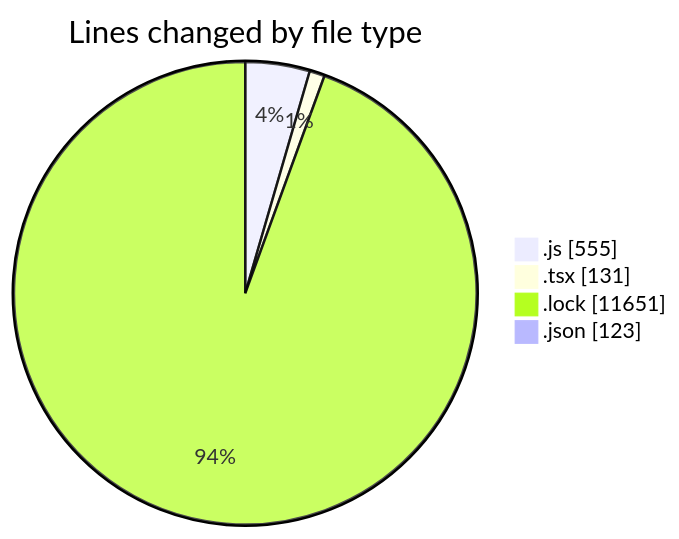
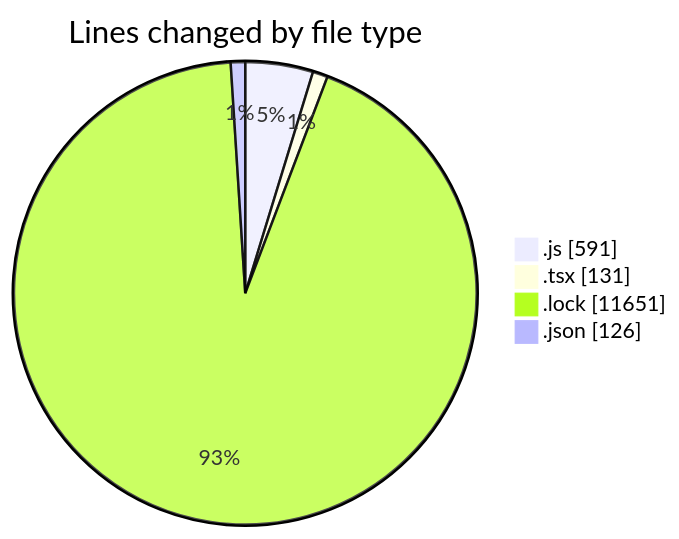
The first of 2 diagrams in 2026-01-13/cda/README.md (momahboobian/code-tracking), drawn with Mermaid before and after one commit. The commit also changed other lines of this file and 1 other file, not shown here.

````diff
--- a/2026-01-13/cda/README.md
+++ b/2026-01-13/cda/README.md
@@ -26,8 +27,8 @@
 ```mermaid
 pie showData
 title Lines changed by file type
-".js" : 555
+".js" : 591
 ".tsx" : 131
 ".lock" : 11651
-".json" : 123
+".json" : 126
 ```
````
